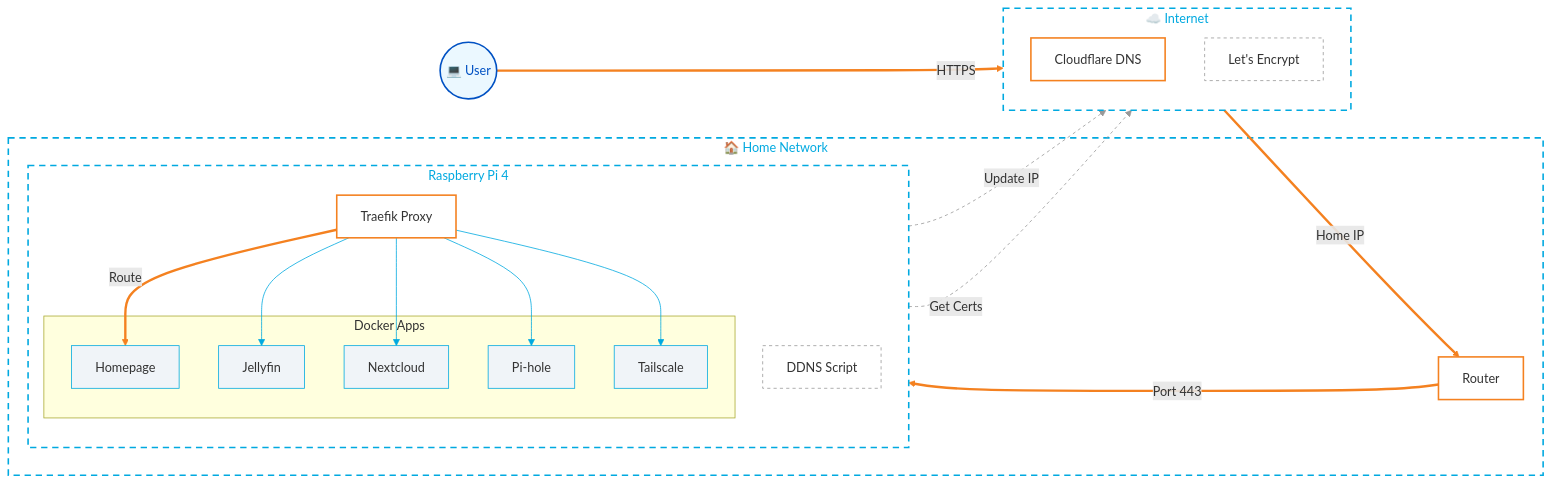
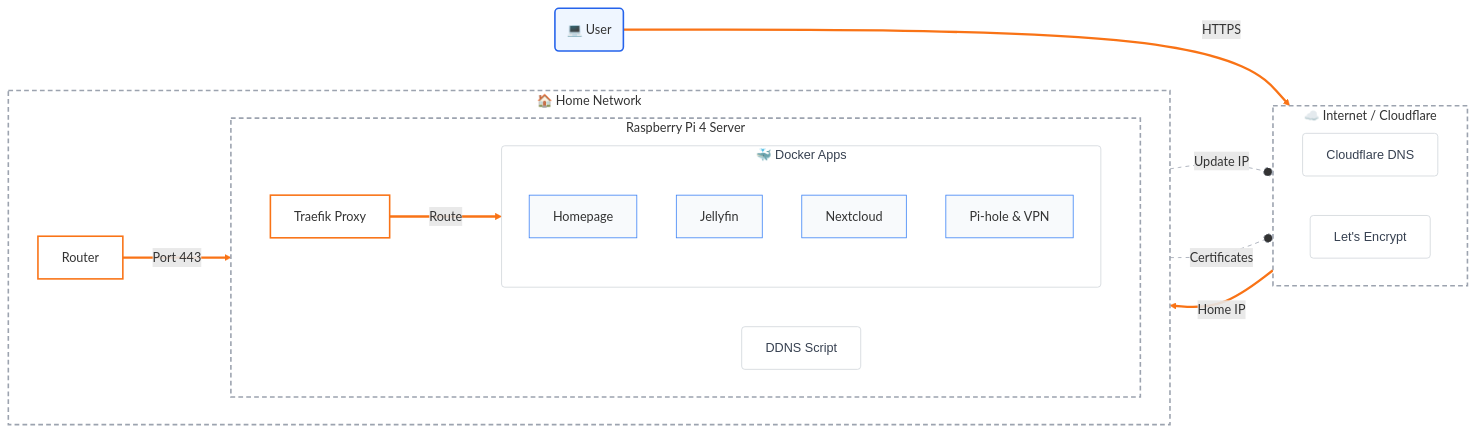
The diagram in README.md (charan-altro/self-host-lab), drawn with Mermaid before and after one commit.

````diff
--- a/README.md
+++ b/README.md
@@ -10,72 +10,69 @@
 ```mermaid
 flowchart LR
-    %% --- GLOBAL STYLES (Cloudflare-like Aesthetic) ---
-    classDef base fill:#fff,stroke:#333,stroke-width:1px,color:#333,font-family:sans-serif,rx:4,ry:4
+    %% --- THEME SETTINGS ---
+    %% Force white backgrounds and dark text for a "Document" look
+    classDef base fill:#ffffff,stroke:#D1D5DB,stroke-width:1px,color:#374151,font-family:sans-serif,rx:4,ry:4
     
-    %% Specific Styles
-    classDef user fill:#EBF8FF,stroke:#0051C3,stroke-width:2px,color:#0051C3
-    classDef component fill:#fff,stroke:#F48120,stroke-width:2px,color:#333 %% Orange borders for active infrastructure
-    classDef app fill:#F0F4F8,stroke:#00A9E0,stroke-width:1px,color:#333 %% Light blue apps
-    classDef helper fill:#fff,stroke:#999,stroke-width:1px,stroke-dasharray: 4 4,color:#666 %% Dashed for scripts
-    classDef cloud fill:none,stroke:#00A9E0,stroke-width:2px,stroke-dasharray: 8 6,color:#00A9E0
+    %% Specific Colors based on your reference image
+    classDef user fill:#EFF6FF,stroke:#2563EB,stroke-width:2px,color:#1E3A8A %% Blue Client
+    classDef orangeBox fill:#ffffff,stroke:#F97316,stroke-width:2px,color:#C2410C %% Orange/Important
+    classDef blueBox fill:#F8FAFC,stroke:#3B82F6,stroke-width:1px,color:#1E3A8A %% Blue/Apps
+    classDef dashedBox fill:#ffffff,stroke:#9CA3AF,stroke-width:2px,stroke-dasharray: 6 4,color:#6B7280 %% Dashed Containers
+    
+    %% --- GRAPH STRUCTURE ---
+    
+    %% 1. The Client
+    User(💻 User):::user
 
-    %% --- NODES ---
-    User(("💻 User")):::user
-
-    subgraph Cloud ["☁️ Internet"]
-        direction TB
-        CF_DNS["Cloudflare DNS"]:::component
-        LE["Let's Encrypt"]:::helper
+    %% 2. The Internet Layer (Dashed Container)
+    subgraph Internet ["☁️ Internet / Cloudflare"]
+        direction LR
+        DNS["Cloudflare DNS"]:::base
+        LetsEncrypt["Let's Encrypt"]:::base
     end
 
+    %% 3. The Home Network (Large Blue Container)
     subgraph Home ["🏠 Home Network"]
-        Router["Router"]:::component
+        direction LR
+        Router["Router"]:::orangeBox
         
-        subgraph Server ["Raspberry Pi 4"]
-            direction TB
-            Traefik["Traefik Proxy"]:::component
-            DDNS["DDNS Script"]:::helper
+        %% 4. The Server (Orange Container)
+        subgraph Pi ["Raspberry Pi 4 Server"]
+            direction LR
+            Traefik["Traefik Proxy"]:::orangeBox
+            DDNS["DDNS Script"]:::base
             
-            subgraph Apps ["Docker Apps"]
-                %% Linking these invisible lines helps stack them neatly
-                Homepage["Homepage"]:::app
-                Jellyfin["Jellyfin"]:::app
-                Nextcloud["Nextcloud"]:::app
-                PiHole["Pi-hole"]:::app
-                Tailscale["Tailscale"]:::app
+            %% 5. Apps (Compact Stack)
+            subgraph Apps ["🐳 Docker Apps"]
+                direction TB
+                Homepage["Homepage"]:::blueBox
+                Media["Jellyfin"]:::blueBox
+                Files["Nextcloud"]:::blueBox
+                Network["Pi-hole & VPN"]:::blueBox
             end
         end
     end
 
-    %% --- MAIN TRAFFIC FLOW (Thick Orange Lines) ---
-    User ==> |"HTTPS"| CF_DNS
-    CF_DNS ==> |"Home IP"| Router
-    Router ==> |"Port 443"| Traefik
-    Traefik ==> |"Route"| Homepage
-    
-    %% --- INTERNAL APP LINKS (Subtle) ---
-    %% We link Traefik to just the top app to keep the line straight, 
-    %% then use invisible links or light links for the rest to avoid "Spaghetti"
-    Traefik --> Jellyfin
-    Traefik --> Nextcloud
-    Traefik --> PiHole
-    Traefik --> Tailscale
+    %% --- CONNECTIONS (Straight & Clean) ---
+    %% Main "Golden Path" (Thick Orange)
+    User ==>|HTTPS| DNS
+    DNS ==>|Home IP| Router
+    Router ==>|Port 443| Traefik
+    Traefik ==>|Route| Apps
 
-    %% --- MANAGEMENT LINKS (Dashed/Subtle) ---
-    DDNS -.-> |"Update IP"| CF_DNS
-    Traefik -.-> |"Get Certs"| LE
+    %% Secondary Helper Lines (Dashed Gray)
+    DDNS -.-o|Update IP| DNS
+    Traefik -.-o|Certificates| LetsEncrypt
 
-    %% --- STYLING ADJUSTMENTS ---
-    %% Style the main layout boxes
-    class Cloud cloud
-    class Home,Server cloud
+    %% --- STYLING THE CONTAINERS ---
+    class Internet dashedBox
+    class Home dashedBox
+    class Pi dashedBox
+    class Apps base
 
-    %% Force the main path to be Orange and Thick
-    linkStyle 0,1,2,3 stroke:#F48120,stroke-width:3px,fill:none
-    
-    %% Make the app connections thinner and blue
-    linkStyle 4,5,6,7 stroke:#00A9E0,stroke-width:1px,fill:none
-    
-    %% Make management links gray
-    linkStyle 8,9 stroke:#999,stroke-width:1px,stroke-dasharray: 4 4,fill:none
+    %% --- COLORING THE LINES ---
+    %% 0,1,2,3 are the main data path (Orange)
+    linkStyle 0,1,2,3 stroke:#F97316,stroke-width:3px,fill:none
+    %% 4,5 are helper lines (Gray)
+    linkStyle 4,5 stroke:#9CA3AF,stroke-width:1px,stroke-dasharray: 5 5
 ```
````
